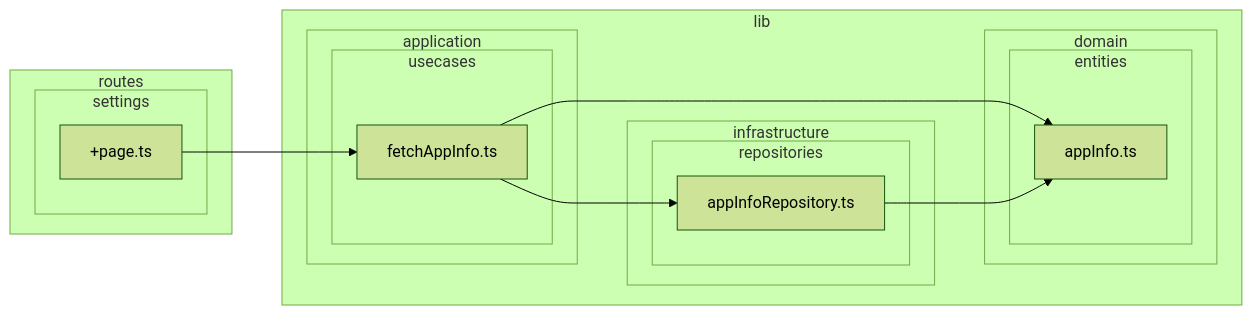
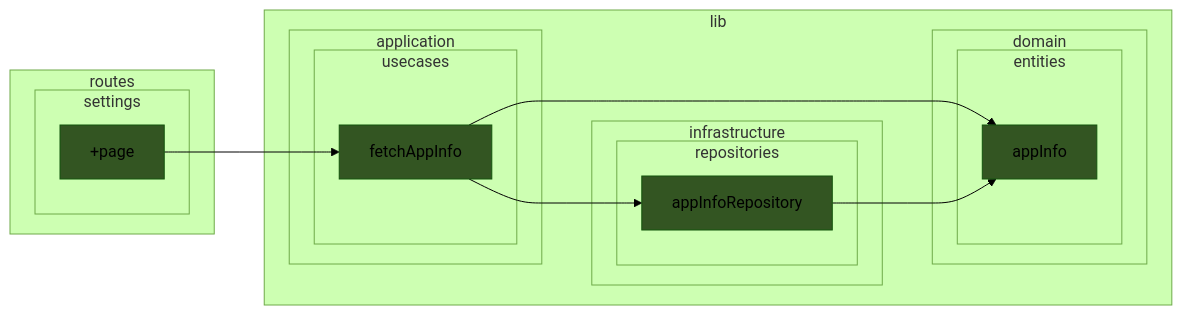
Diagram 15 of 39 in doc/dependency-graph.md (k5n/kotonoha), drawn with Mermaid (forest theme) before and after one commit. The commit also changed other lines of this file, not shown here.

````diff
--- a/doc/dependency-graph.md
+++ b/doc/dependency-graph.md
@@ -647,29 +833,36 @@
 ```mermaid
 graph LR
+    classDef cssSvelteComponent fill:#325;
+    classDef cssSvelteScript fill:#535;
+    classDef cssTypeScript fill:#352;
         subgraph sg_lib ["lib"]
             subgraph sg_lib_application ["application"]
                 subgraph sg_lib_application_usecases ["usecases"]
-                    src_lib_application_usecases_fetchAppInfo_ts["fetchAppInfo.ts"]
+                    src_lib_application_usecases_fetchAppInfo_ts["fetchAppInfo"]
                 end
             end
             subgraph sg_lib_domain ["domain"]
                 subgraph sg_lib_domain_entities ["entities"]
-                    src_lib_domain_entities_appInfo_ts["appInfo.ts"]
+                    src_lib_domain_entities_appInfo_ts["appInfo"]
                 end
             end
             subgraph sg_lib_infrastructure ["infrastructure"]
                 subgraph sg_lib_infrastructure_repositories ["repositories"]
-                    src_lib_infrastructure_repositories_appInfoRepository_ts["appInfoRepository.ts"]
+                    src_lib_infrastructure_repositories_appInfoRepository_ts["appInfoRepository"]
                 end
             end
         end
         subgraph sg_routes ["routes"]
             subgraph sg_routes_settings ["settings"]
-                src_routes_settings__page_ts["+page.ts"]
+                src_routes_settings__page_ts["+page"]
             end
         end
     src_lib_application_usecases_fetchAppInfo_ts --> src_lib_domain_entities_appInfo_ts
     src_lib_application_usecases_fetchAppInfo_ts --> src_lib_infrastructure_repositories_appInfoRepository_ts
     src_lib_infrastructure_repositories_appInfoRepository_ts --> src_lib_domain_entities_appInfo_ts
     src_routes_settings__page_ts --> src_lib_application_usecases_fetchAppInfo_ts
+    class src_lib_application_usecases_fetchAppInfo_ts cssTypeScript
+    class src_lib_domain_entities_appInfo_ts cssTypeScript
+    class src_lib_infrastructure_repositories_appInfoRepository_ts cssTypeScript
+    class src_routes_settings__page_ts cssTypeScript
 ```
````
